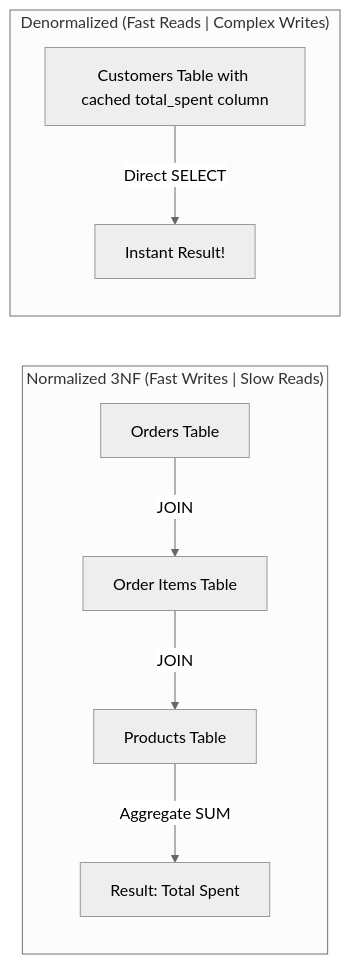
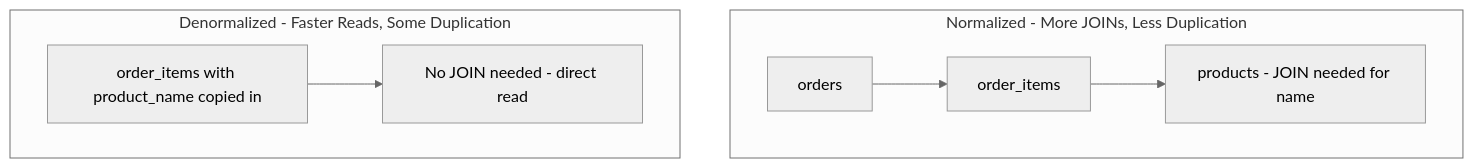
One commit to muhammad-khaled-tech/My-Study-Notes changed the eighth of 48 diagrams in interviews/SQL-NoSQL-Complete.md. Above: the diagram before and after it, drawn with Mermaid (neutral theme). The commit also changed other lines of this file and 3 other files, not shown here.

````diff
--- a/interviews/SQL-NoSQL-Complete.md
+++ b/interviews/SQL-NoSQL-Complete.md
@@ -683,12 +480,10 @@
 ```mermaid
-graph LR
-    subgraph "Normalized 3NF (Fast Writes | Slow Reads)"
-        A["Orders Table"] -->|JOIN| B["Order Items Table"]
-        B -->|JOIN| C["Products Table"]
-        C -->|Aggregate SUM| D["Result: Total Spent"]
+graph TD
+    subgraph "Normalized - More JOINs, Less Duplication"
+        A["orders"] --> B["order_items"]
+        B --> C["products - JOIN needed for name"]
     end
-
-    subgraph "Denormalized (Fast Reads | Complex Writes)"
-        E["Customers Table with cached total_spent column"] -->|Direct SELECT| F["Instant Result!"]
+    subgraph "Denormalized - Faster Reads, Some Duplication"
+        D["order_items with product_name copied in"] --> E["No JOIN needed - direct read"]
     end
 ```
````
